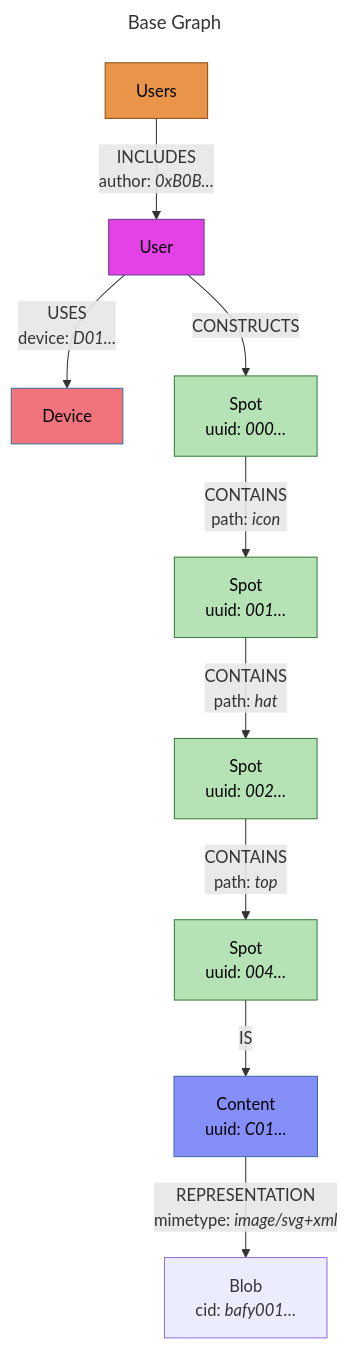
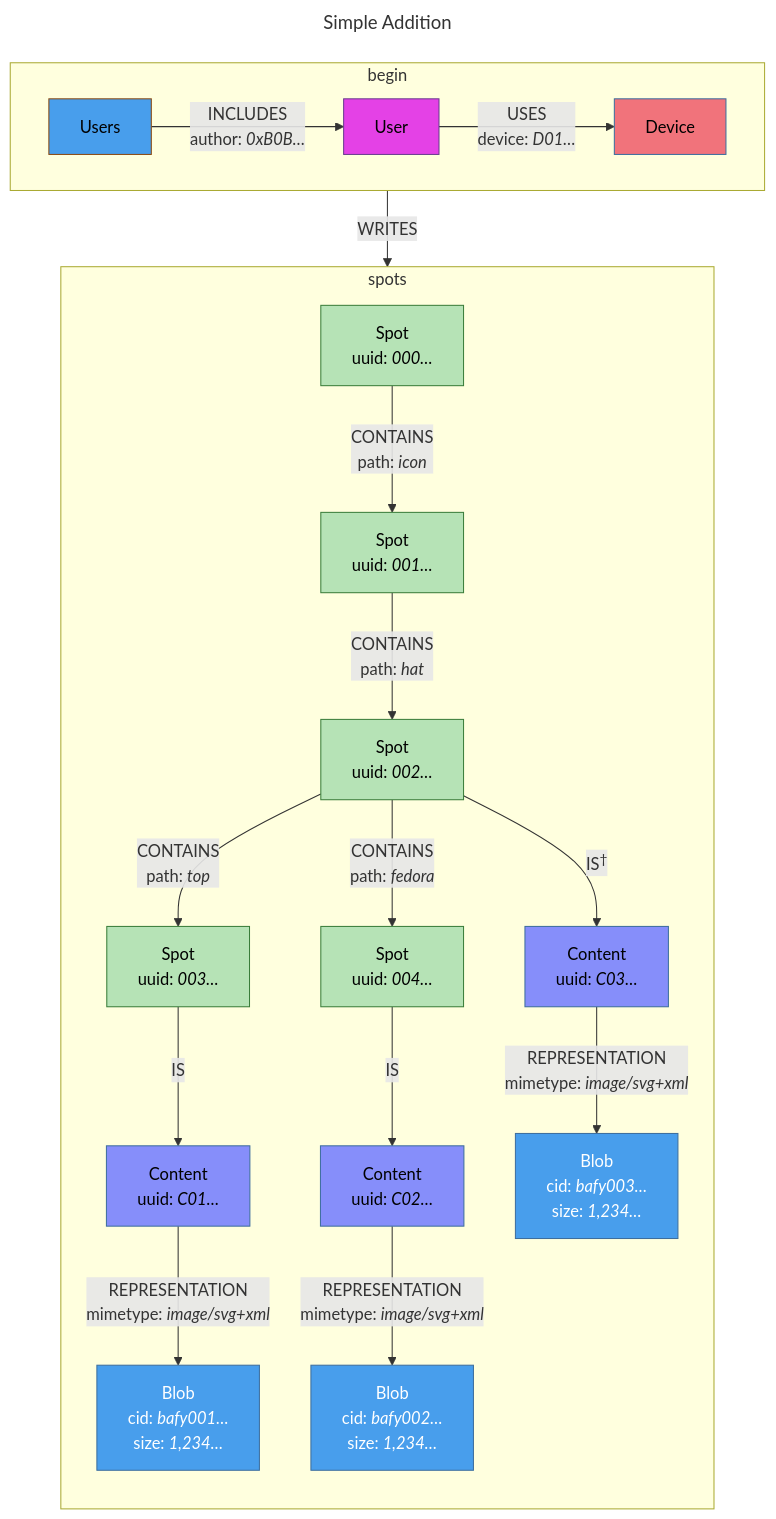
Before and after one commit to MetaFam/mimis: the second of 10 diagrams in pkgs/Gremlin/docs/Claude’s graph structure.md, drawn with Mermaid. The commit also changed other lines of this file and 17 other files, not shown here.

````diff
--- a/pkgs/Gremlin/docs/Claude’s graph structure.md
+++ b/pkgs/Gremlin/docs/Claude’s graph structure.md
@@ -63,29 +53,44 @@
 ```mermaid
 ---
-title: Base Graph
+title: Simple Addition
 ---
 graph TD
-  US["Users"]
-  US -->|INCLUDES<br/>author: <i>0xB0B…</i>| U[User]
-  U -->|USES<br/>device: <i>D01…</i>| D[Device]
-  SP0[Spot<br/>uuid: <i>000…</i>]
-  SP1[Spot<br/>uuid: <i>001…</i>]
-  SP2[Spot<br/>uuid: <i>002…</i>]
-  SP3[Spot<br/>uuid: <i>003…</i>]
-  SP3[Spot<br/>uuid: <i>004…</i>]
-  CT1[Content<br/>uuid: <i>C01…</i>]
-  BL1[Blob<br/>cid: <i>bafy001…</i>]
-  CT1-->|REPRESENTATION<br/>mimetype: <i>image/svg+xml</i>| BL1
-  SP0-->|CONTAINS<br/>path: <i>icon</i>| SP1-->|CONTAINS<br/>path: <i>hat</i>| SP2-->|CONTAINS<br/>path: <i>top</i>| SP3 -->|IS| CT1
-  U -->|CONSTRUCTS| SP0
-  classDef base fill:#e8954a,stroke:#8a4a12,color:#000
+  subgraph begin
+    direction LR
+    US["Users"]
+    US -->|INCLUDES<br/>author: <i>0xB0B…</i>| U[User]
+    U -->|USES<br/>device: <i>D01…</i>| D[Device]
+  end
+  subgraph spots
+    direction TD
+    SP0[Spot<br/>uuid: <i>000…</i>]
+    SP1[Spot<br/>uuid: <i>001…</i>]
+    SP2[Spot<br/>uuid: <i>002…</i>]
+    SP3[Spot<br/>uuid: <i>003…</i>]
+    SP4[Spot<br/>uuid: <i>004…</i>]
+    CT1[Content<br/>uuid: <i>C01…</i>]
+    CT2[Content<br/>uuid: <i>C02…</i>]
+    CT3[Content<br/>uuid: <i>C03…</i>]
+    BL1[Blob<br/>cid: <i>bafy001…</i><br/>size: <i>1,234…</i>]
+    BL2[Blob<br/>cid: <i>bafy002…</i><br/>size: <i>1,234…</i>]
+    BL3[Blob<br/>cid: <i>bafy003…</i><br/>size: <i>1,234…</i>]
+    CT1-->|REPRESENTATION<br/>mimetype: <i>image/svg+xml</i>| BL1
+    CT2-->|REPRESENTATION<br/>mimetype: <i>image/svg+xml</i>| BL2
+    CT3-->|REPRESENTATION<br/>mimetype: <i>image/svg+xml</i>| BL3
+    U -->|WRITES| SP0-->|CONTAINS<br/>path: <i>icon</i>| SP1-->|CONTAINS<br/>path: <i>hat</i>| SP2-->|CONTAINS<br/>path: <i>top</i>| SP3-->|IS| CT1
+    SP2-->|CONTAINS<br/>path: <i>fedora</i>| SP4-->|IS| CT2
+    SP2-->|IS<sup>†</sup>| CT3
+  end
+  classDef base fill:#489EEC,stroke:#8a4a12,color:#000
   classDef user fill:#E441E6,stroke:#6a3d8f,color:#000
   classDef spot fill:#b6e3b6,stroke:#3a7d3a,color:#000
   classDef device fill:#F1737B,stroke:#3d6e9e,color:#000
   classDef content fill:#868EFA,stroke:#3d6e9e,color:#000
+  classDef blob fill:#489EEC,stroke:#3d6e9e,color:#FFF
   class US base
   class U user
-  class SP0,SP1,SP2,SP3 spot
+  class SP0,SP1,SP2,SP3,SP4 spot
   class D device
-  class CT1 content
+  class CT1,CT2,CT3 content
+  class BL1,BL2,BL3 blob
 ```
````
